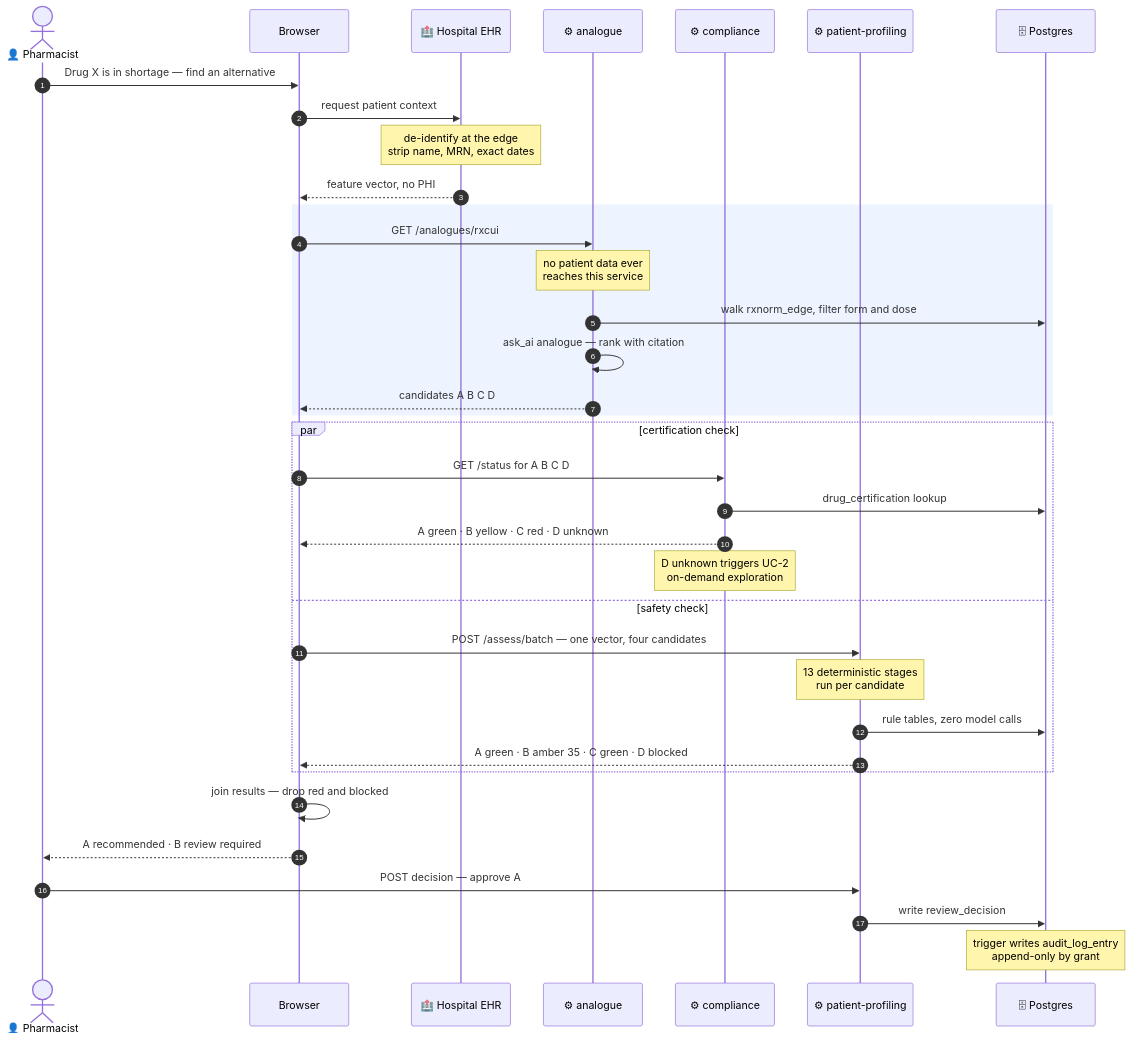
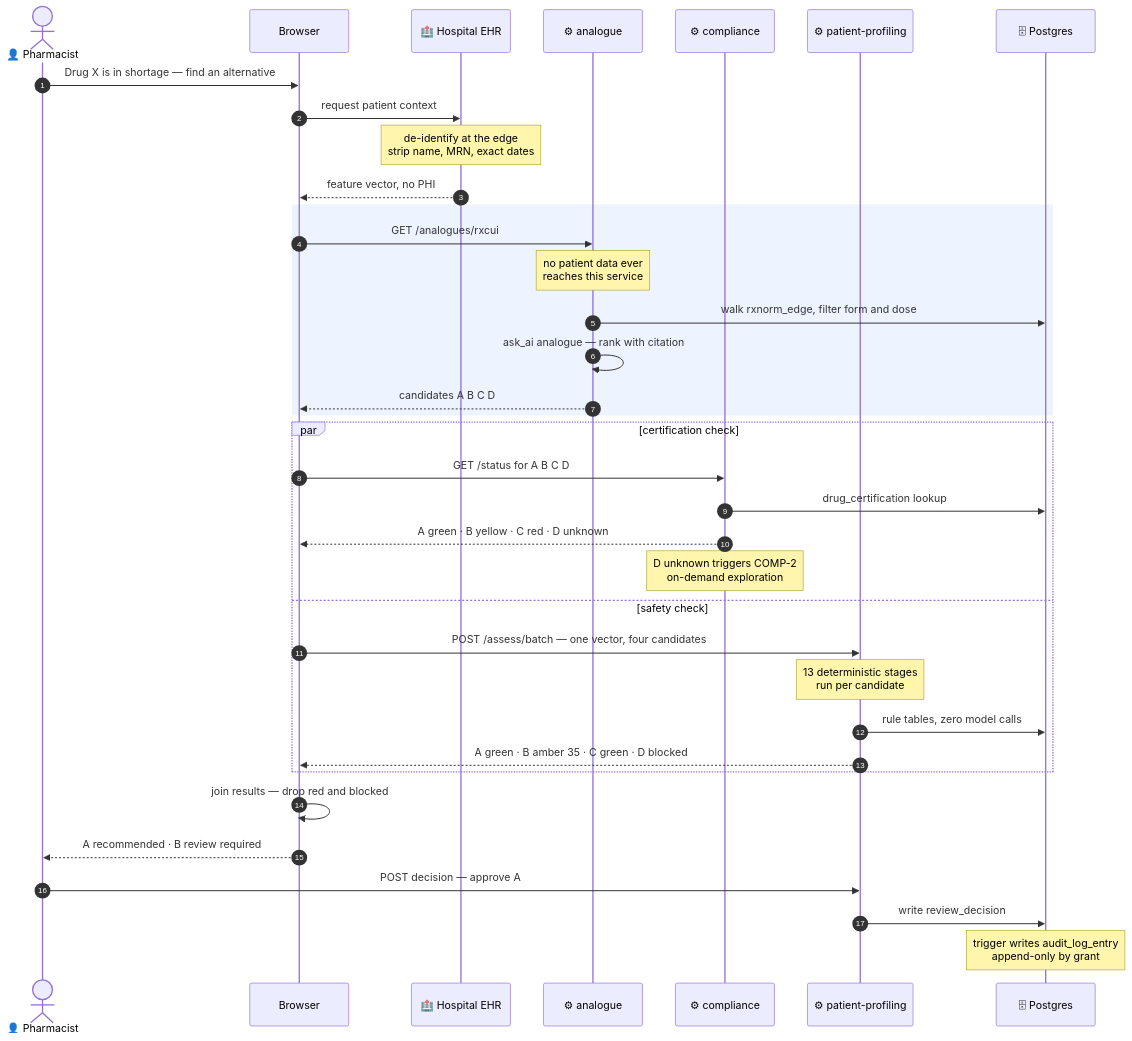
One commit to lohvinovpavel/MedStockAI changed the first of 3 diagrams in docs/analog-search-flow.md. Above: the diagram before and after it, drawn with Mermaid. The commit also changed 17 other files, not shown here.

````diff
--- a/docs/analog-search-flow.md
+++ b/docs/analog-search-flow.md
@@ -10,42 +10,42 @@
 ```mermaid
 sequenceDiagram
     autonumber
     actor PH as 👤 Pharmacist
     participant W as Browser
     participant EHR as 🏥 Hospital EHR
     participant AN as ⚙ analogue
     participant CO as ⚙ compliance
     participant PP as ⚙ patient-profiling
     participant DB as 🗄 Postgres
 
     PH->>W: Drug X is in shortage — find an alternative
     W->>EHR: request patient context
     Note over EHR: de-identify at the edge<br/>strip name, MRN, exact dates
     EHR-->>W: feature vector, no PHI
 
     rect rgb(238, 244, 255)
     W->>AN: GET /analogues/rxcui
     Note over AN: no patient data ever<br/>reaches this service
     AN->>DB: walk rxnorm_edge, filter form and dose
     AN->>AN: ask_ai analogue — rank with citation
     AN-->>W: candidates A B C D
     end
 
     par certification check
         W->>CO: GET /status for A B C D
         CO->>DB: drug_certification lookup
         CO-->>W: A green · B yellow · C red · D unknown
-        Note over CO: D unknown triggers UC-2<br/>on-demand exploration
+        Note over CO: D unknown triggers COMP-2<br/>on-demand exploration
     and safety check
         W->>PP: POST /assess/batch — one vector, four candidates
         Note over PP: 13 deterministic stages<br/>run per candidate
         PP->>DB: rule tables, zero model calls
         PP-->>W: A green · B amber 35 · C green · D blocked
     end
 
     W->>W: join results — drop red and blocked
     W-->>PH: A recommended · B review required
     PH->>PP: POST decision — approve A
     PP->>DB: write review_decision
     Note over DB: trigger writes audit_log_entry<br/>append-only by grant
 ```
````
